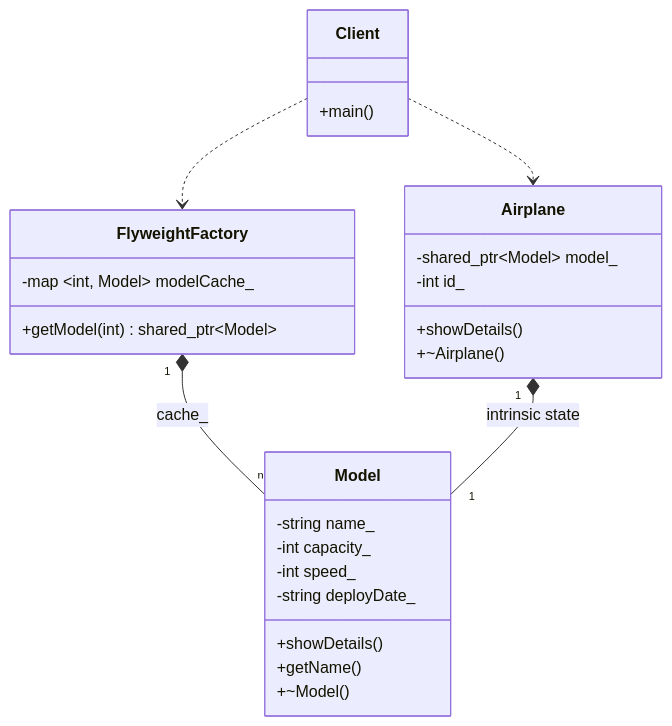
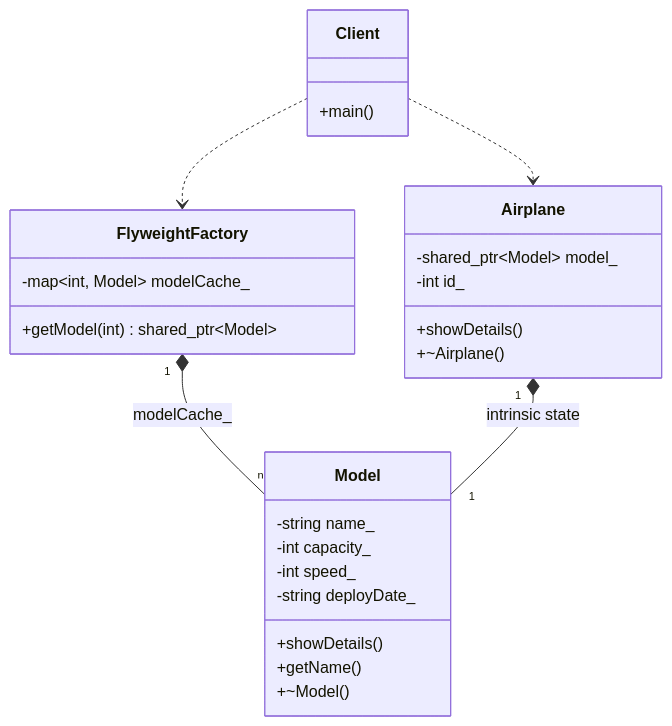
One commit to Cichlidfishexigency721/Modern-CPP-Design-Patterns changed the diagram in 13_Flyweight/README.md. Above: the diagram before and after it, drawn with Mermaid. The commit also changed 1 other file, not shown here.

Commit message:
UML improvement

````diff
--- a/13_Flyweight/README.md
+++ b/13_Flyweight/README.md
@@ -45,38 +45,38 @@
 ```mermaid
 classDiagram
    class Model {
       -string name_
       -int capacity_
       -int speed_
       -string deployDate_
       +showDetails()
       +getName()
       +~Model()
    }
 
    class FlyweightFactory {
-      -map ~int, Model~ modelCache_
+      -map~int, Model~ modelCache_
       +getModel(int) shared_ptr~Model~
    }
 
    class Airplane {
       -shared_ptr~Model~ model_
       -int id_
       +showDetails()
       +~Airplane()
    }
 
    class Client {
       +main()
    }
 
    %% The Factory owns and manages the pool of shared models
-   FlyweightFactory "1" *-- "n" Model : cache_
+   FlyweightFactory "1" *-- "n" Model : modelCache_
 
    %% Many Airplanes share the same single Model instance
    Airplane "1" *-- "1" Model : intrinsic state
 
    %% Client interacts with the factory to get models and creates airplanes
    Client ..> FlyweightFactory
    Client ..> Airplane
 ```
````
